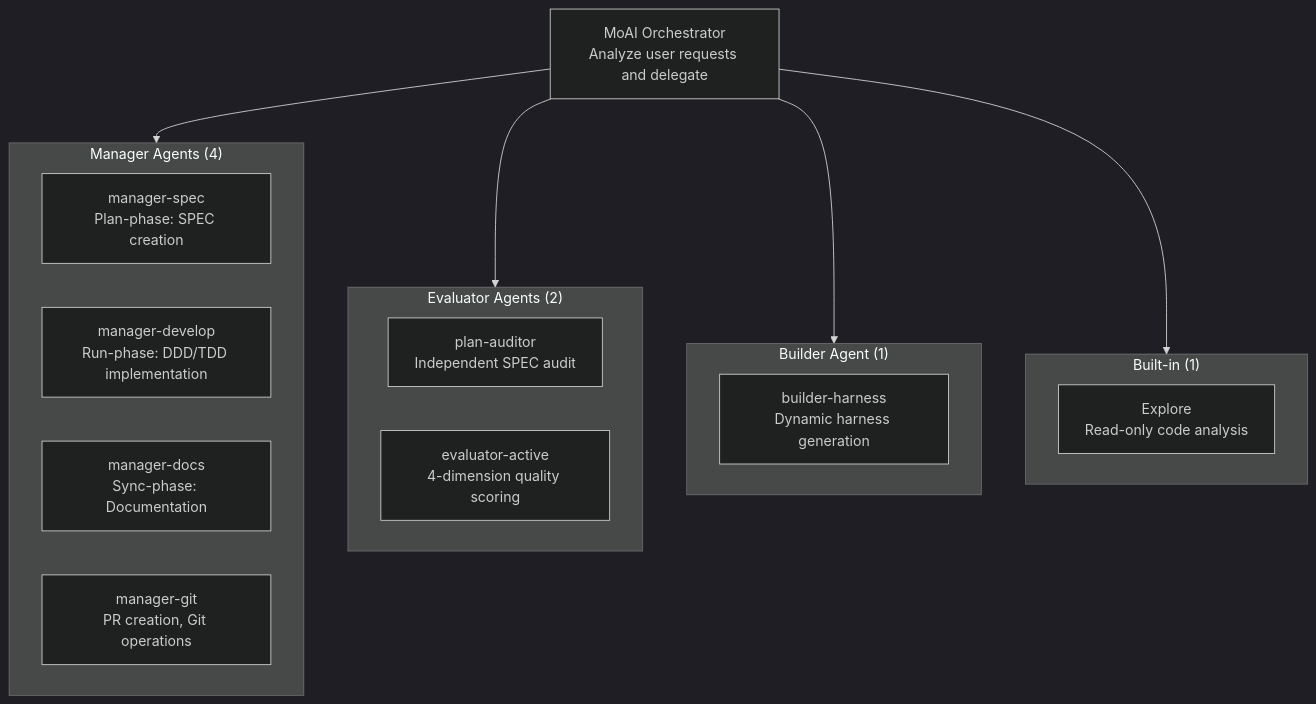
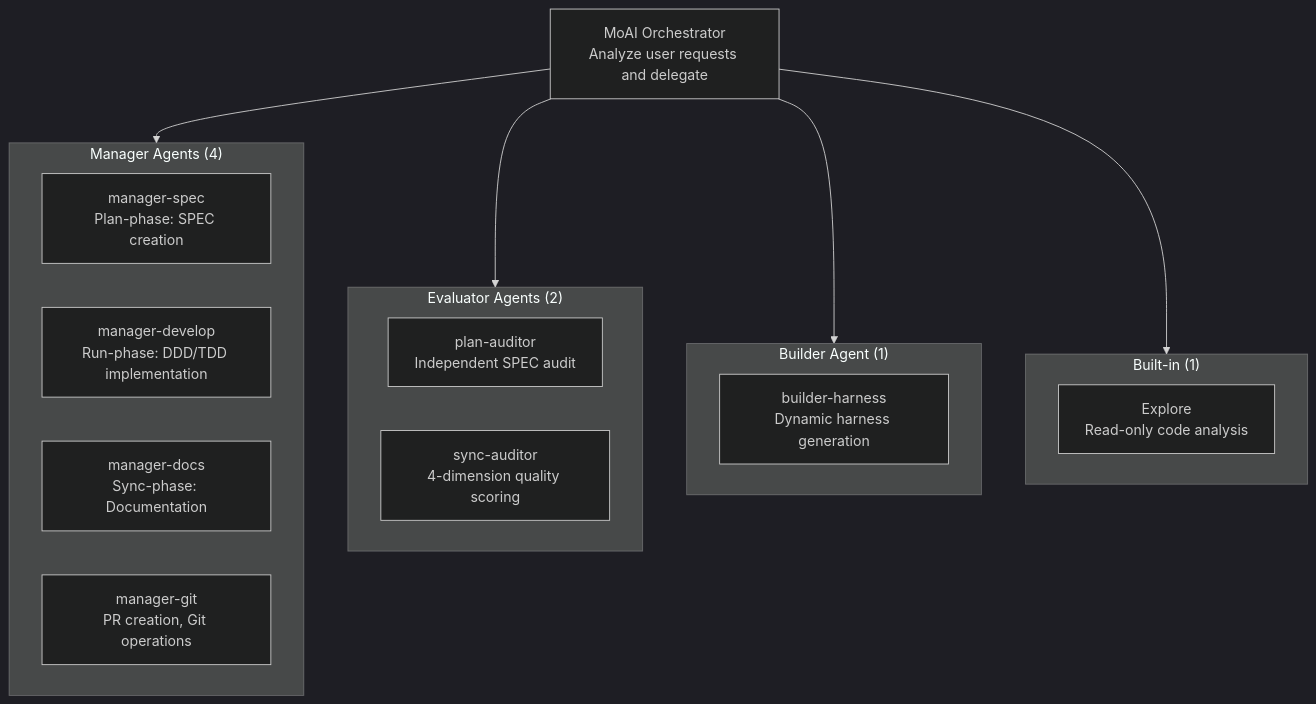
Before and after one commit to modu-ai/moai-adk: the third of 6 diagrams in docs-site/content/en/core-concepts/what-is-moai-adk.md, drawn with Mermaid (dark theme). The commit also changed other lines of this file and 149 other files, not shown here.

First line of the commit message:
chore(agents): evaluator-active를 sync-auditor로 rename (plan-auditor phase 대칭)

````diff
--- a/docs-site/content/en/core-concepts/what-is-moai-adk.md
+++ b/docs-site/content/en/core-concepts/what-is-moai-adk.md
@@ -237,29 +237,29 @@
 ```mermaid
 flowchart TD
     MoAI["MoAI Orchestrator\nAnalyze user requests and delegate"]
 
     subgraph Managers["Manager Agents (4)"]
         M1["manager-spec\nPlan-phase: SPEC creation"]
         M2["manager-develop\nRun-phase: DDD/TDD implementation"]
         M3["manager-docs\nSync-phase: Documentation"]
         M4["manager-git\nPR creation, Git operations"]
     end
 
     subgraph Evaluators["Evaluator Agents (2)"]
         E1["plan-auditor\nIndependent SPEC audit"]
-        E2["evaluator-active\n4-dimension quality scoring"]
+        E2["sync-auditor\n4-dimension quality scoring"]
     end
 
     subgraph Builder["Builder Agent (1)"]
         B1["builder-harness\nDynamic harness generation"]
     end
 
     subgraph Explore["Built-in (1)"]
         X1["Explore\nRead-only code analysis"]
     end
 
     MoAI --> Managers
     MoAI --> Evaluators
     MoAI --> Builder
     MoAI --> Explore
 ```
````
